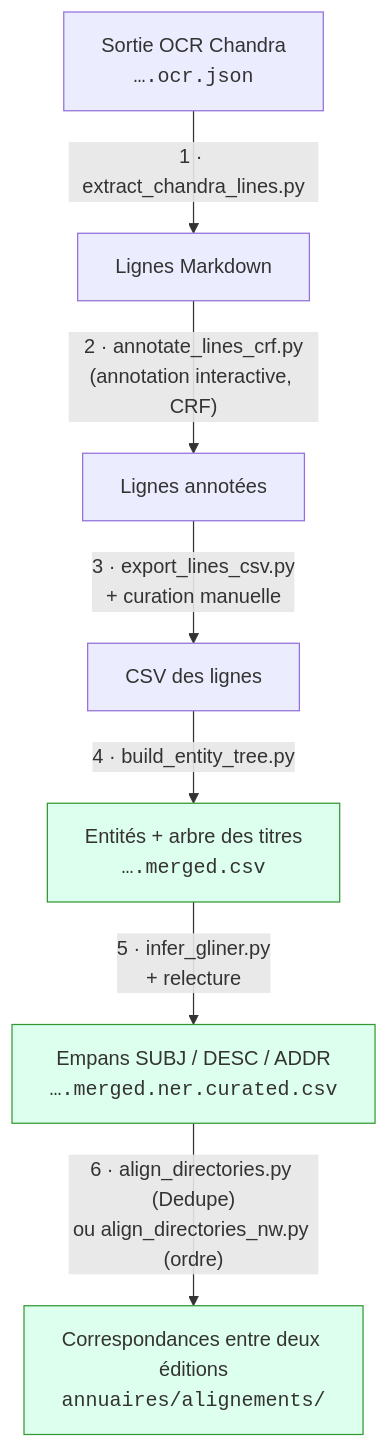
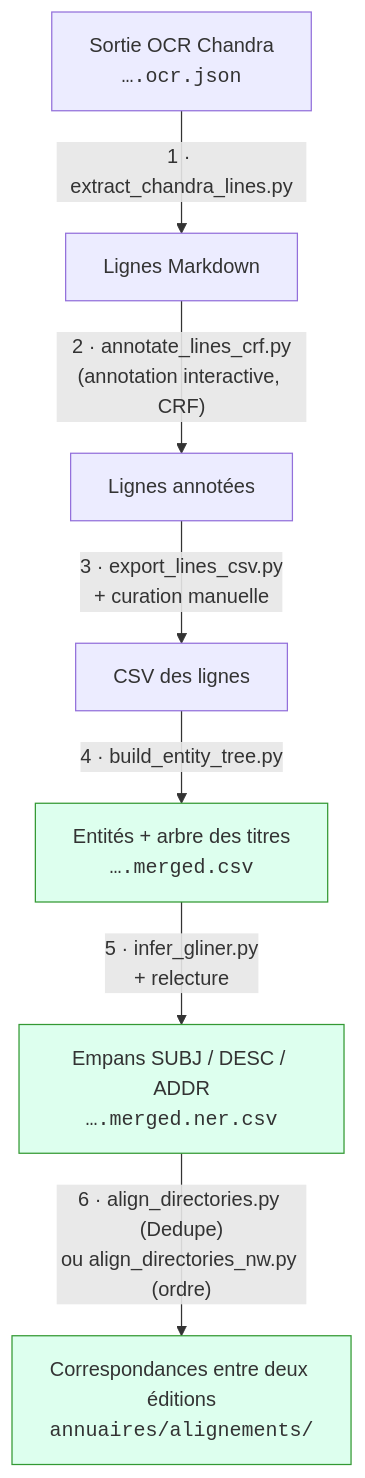
The diagram in README.md (HueyNemud/adresses_revolutionnaires), drawn with Mermaid before and after one commit. The commit also changed other lines of this file and 26 other files, not shown here.

````diff
--- a/README.md
+++ b/README.md
@@ -34,14 +34,14 @@
 ```mermaid
 flowchart TD
     A["Sortie OCR Chandra<br/><code>….ocr.json</code>"]
     A -->|"1 · extract_chandra_lines.py"| B["Lignes Markdown"]
     B -->|"2 · annotate_lines_crf.py<br/>(annotation interactive, CRF)"| C["Lignes annotées"]
     C -->|"3 · export_lines_csv.py<br/>+ curation manuelle"| D["CSV des lignes"]
     D -->|"4 · build_entity_tree.py"| E["Entités + arbre des titres<br/><code>….merged.csv</code>"]
-    E -->|"5 · infer_gliner.py<br/>+ relecture"| F["Empans SUBJ / DESC / ADDR<br/><code>….merged.ner.curated.csv</code>"]
+    E -->|"5 · infer_gliner.py<br/>+ relecture"| F["Empans SUBJ / DESC / ADDR<br/><code>….merged.ner.csv</code>"]
     F -->|"6 · align_directories.py (Dedupe)<br/>ou align_directories_nw.py (ordre)"| G["Correspondances entre deux éditions<br/><code>annuaires/alignements/</code>"]
 
     style E fill:#dfe,stroke:#393
     style F fill:#dfe,stroke:#393
     style G fill:#dfe,stroke:#393
 ```
````
